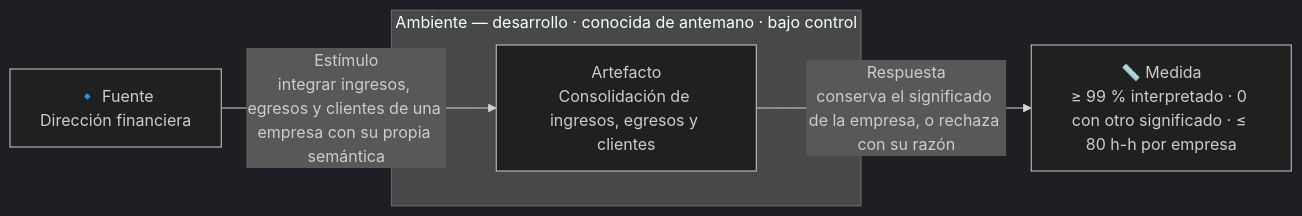
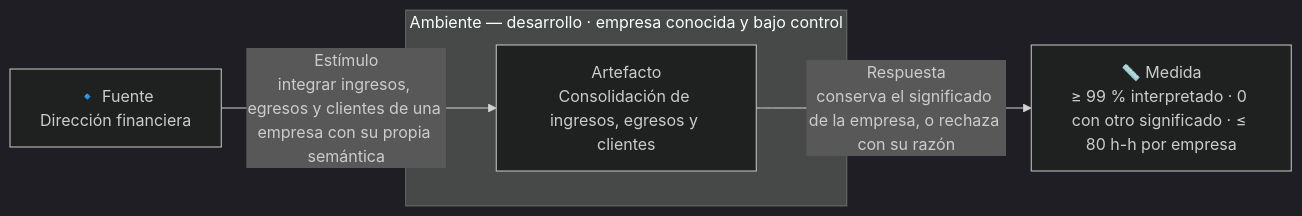
The second of 4 diagrams in docs/quality-attributes.md (MATI-MBIT/arqsoft-reto-3), drawn with Mermaid (dark theme) before and after one commit. The commit also changed other lines of this file and 6 other files, not shown here.

````diff
--- a/docs/quality-attributes.md
+++ b/docs/quality-attributes.md
@@ -247,9 +111,9 @@
 ```mermaid
 flowchart LR
     F["🔹 Fuente<br/>Dirección financiera"]
     F -- "Estímulo<br/>integrar ingresos, egresos y clientes de una empresa con su propia semántica" --> A
-    subgraph AMB["Ambiente — desarrollo · conocida de antemano · bajo control"]
+    subgraph AMB["Ambiente — desarrollo · empresa conocida y bajo control"]
         A["Artefacto<br/>Consolidación de ingresos, egresos y clientes"]
     end
     A -- "Respuesta<br/>conserva el significado de la empresa, o rechaza con su razón" --> M["📏 Medida<br/>≥ 99 % interpretado · 0 con otro significado · ≤ 80 h-h por empresa"]
 ```
````
